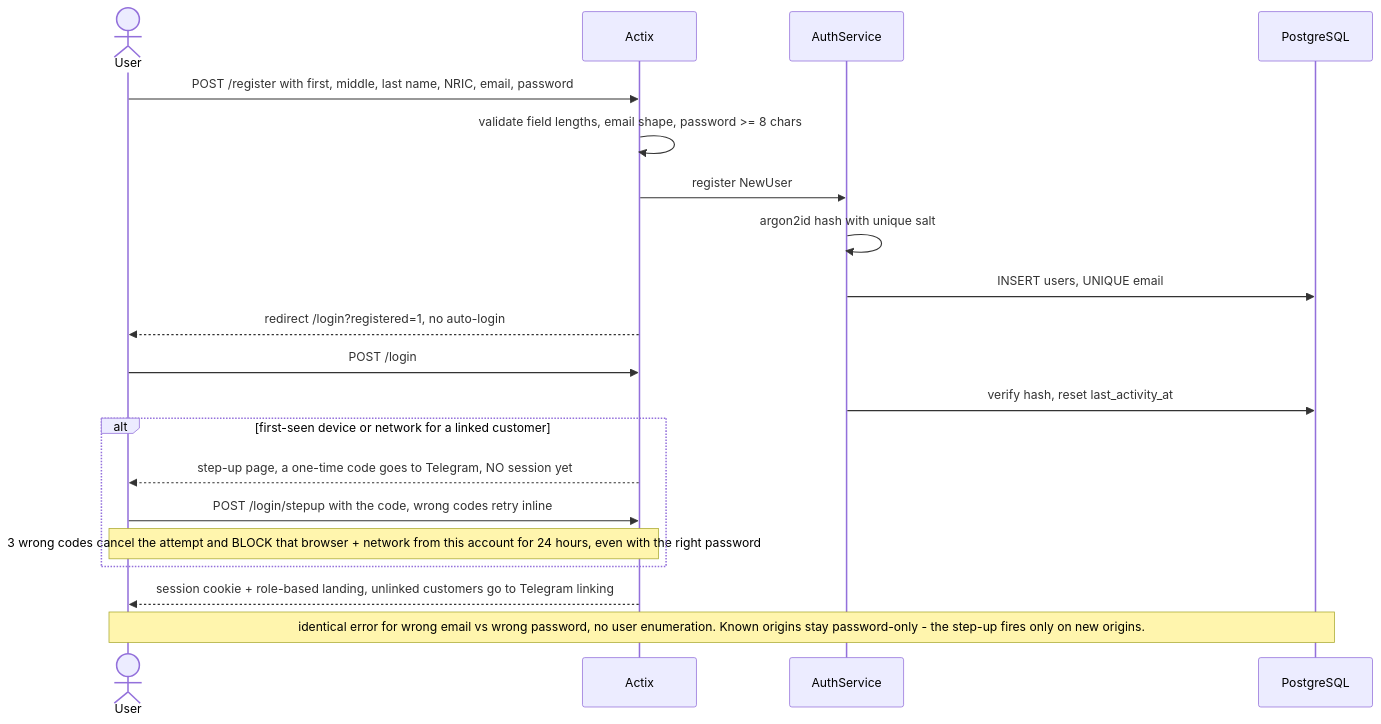
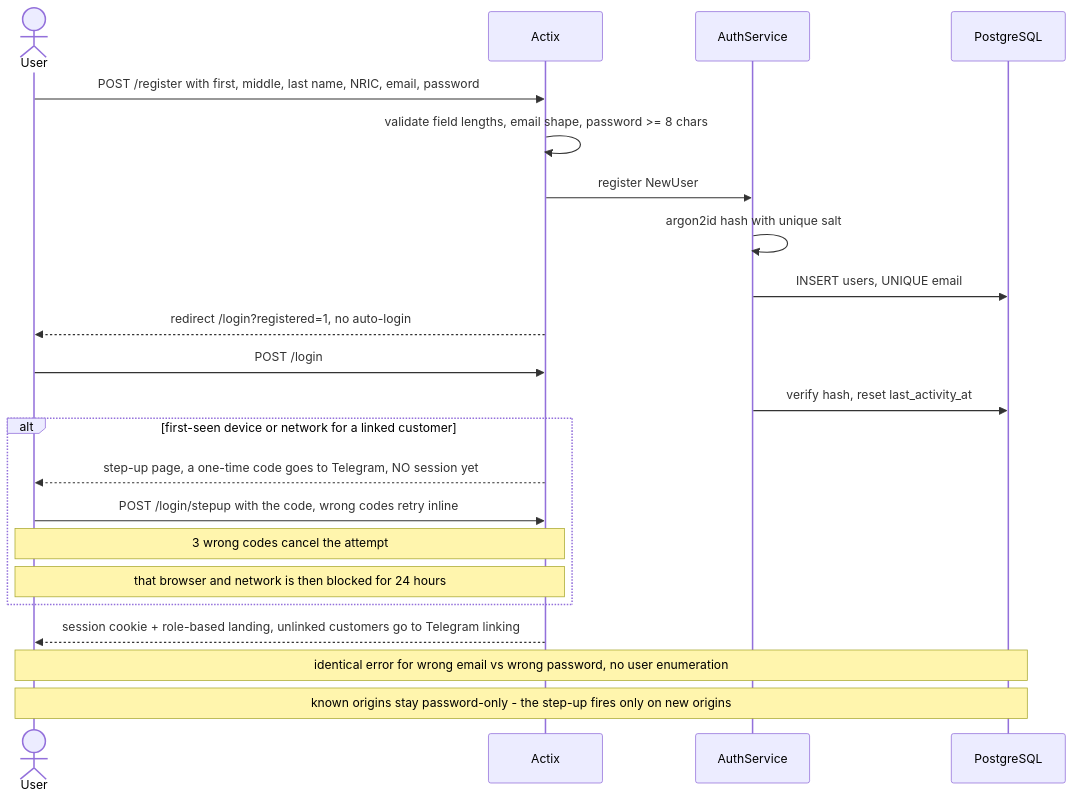
Before and after one commit to cthyuiii/FerroBank: the second of 14 diagrams in docs/FLOWS.md, drawn with Mermaid. The commit also changed other lines of this file and 5 other files, not shown here.

````diff
--- a/docs/FLOWS.md
+++ b/docs/FLOWS.md
@@ -54,23 +54,25 @@
 ```mermaid
 sequenceDiagram
     actor U as User
     participant A as Actix
     participant S as AuthService
     participant P as PostgreSQL
 
     U->>A: POST /register with first, middle, last name, NRIC, email, password
     A->>A: validate field lengths, email shape, password >= 8 chars
     A->>S: register NewUser
     S->>S: argon2id hash with unique salt
     S->>P: INSERT users, UNIQUE email
     A-->>U: redirect /login?registered=1, no auto-login
     U->>A: POST /login
     S->>P: verify hash, reset last_activity_at
     alt first-seen device or network for a linked customer
         A-->>U: step-up page, a one-time code goes to Telegram, NO session yet
         U->>A: POST /login/stepup with the code, wrong codes retry inline
-        Note over U,A: 3 wrong codes cancel the attempt and BLOCK that browser + network from this account for 24 hours, even with the right password
+        Note over U,A: 3 wrong codes cancel the attempt
+        Note over U,A: that browser and network is then blocked for 24 hours
     end
     A-->>U: session cookie + role-based landing, unlinked customers go to Telegram linking
-    Note over U,P: identical error for wrong email vs wrong password, no user enumeration. Known origins stay password-only - the step-up fires only on new origins.
+    Note over U,P: identical error for wrong email vs wrong password, no user enumeration
+    Note over U,P: known origins stay password-only - the step-up fires only on new origins
 ```
````
